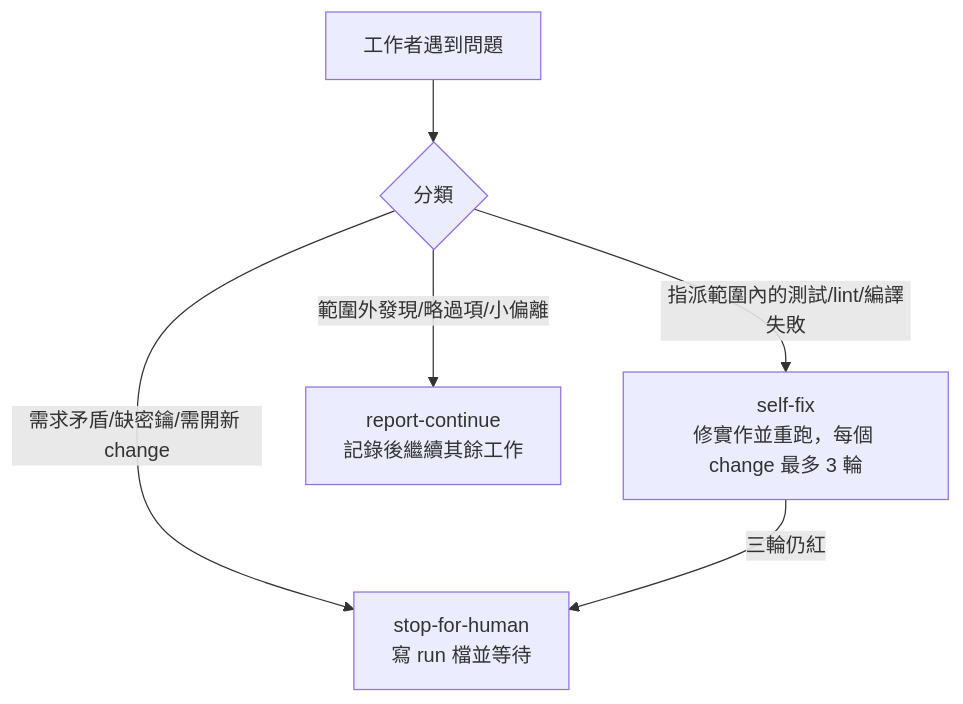
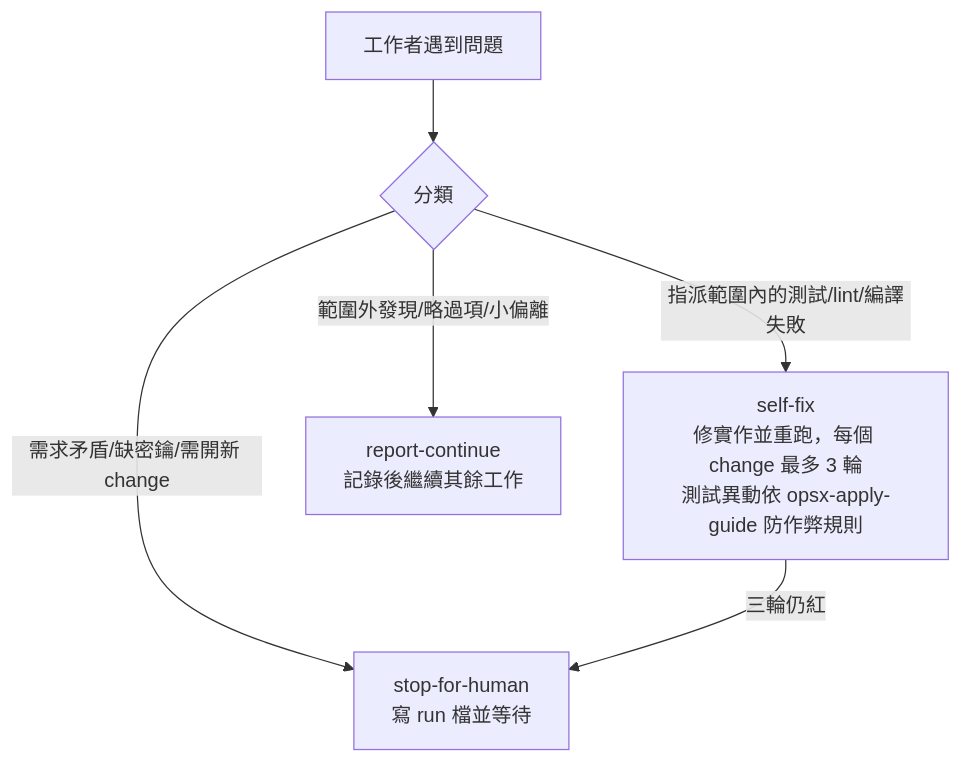
Before and after one commit to nekojuice/.agents: the second of 2 diagrams in orchestrator-factory-readme.md, drawn with Mermaid. The commit also changed other lines of this file and 46 other files, not shown here.

````diff
--- a/orchestrator-factory-readme.md
+++ b/orchestrator-factory-readme.md
@@ -82,8 +115,8 @@
 ```mermaid
 flowchart TD
   X[工作者遇到問題] --> C{分類}
-  C -- 指派範圍內的測試/lint/編譯失敗 --> S[self-fix<br/>修實作並重跑，每個 change 最多 3 輪]
+  C -- 指派範圍內的測試/lint/編譯失敗 --> S[self-fix<br/>修實作並重跑，每個 change 最多 3 輪<br/>測試異動依 opsx-apply-guide 防作弊規則]
   C -- 範圍外發現/略過項/小偏離 --> R[report-continue<br/>記錄後繼續其餘工作]
   C -- 需求矛盾/缺密鑰/需開新 change --> H[stop-for-human<br/>寫 run 檔並等待]
   S -- 三輪仍紅 --> H
 ```
````
